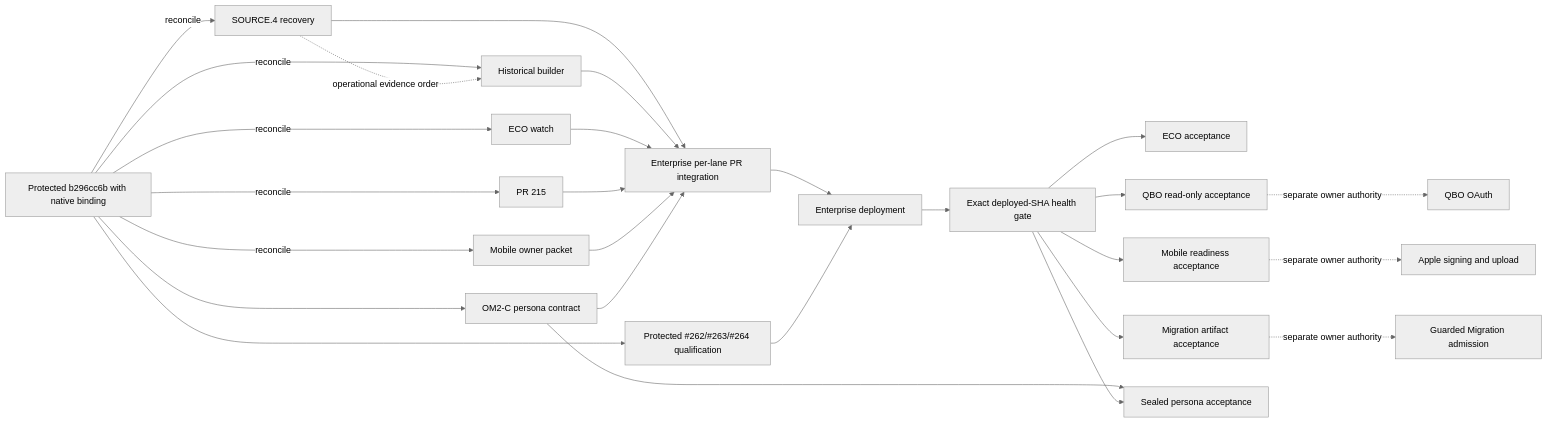
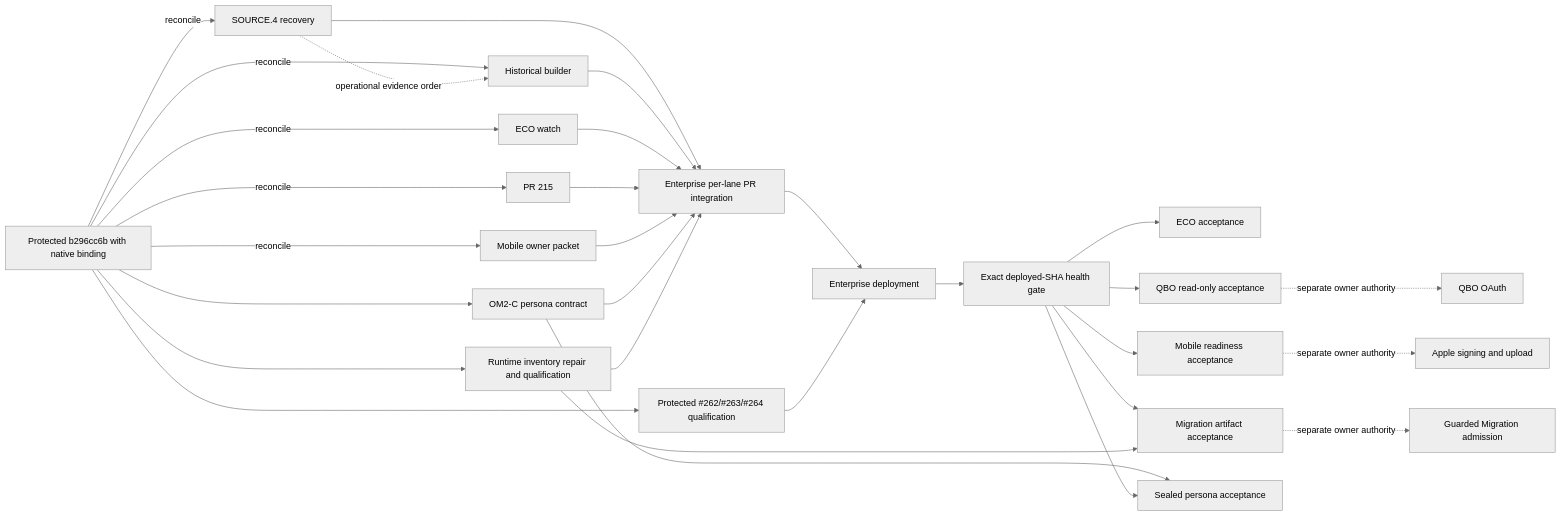
One commit to ACPEnterprise/ACP-Enterprise changed the diagram in docs/operations/launch-20260911/om1-enterprise-integration-queue-current.md. Above: the diagram before and after it, drawn with Mermaid (neutral theme). The commit also changed other lines of this file, not shown here.

Commit message:
docs(enterprise): qualify runtime successor inventory

````diff
--- a/docs/operations/launch-20260911/om1-enterprise-integration-queue-current.md
+++ b/docs/operations/launch-20260911/om1-enterprise-integration-queue-current.md
@@ -126,29 +130,32 @@
 ```mermaid
 flowchart LR
     A[Protected b296cc6b with native binding] -->|reconcile| R[SOURCE.4 recovery]
     A --> C[OM2-C persona contract]
     A --> L[Protected #262/#263/#264 qualification]
+    A --> U[Runtime inventory repair and qualification]
     A -->|reconcile| B[Historical builder]
     A -->|reconcile| E[ECO watch]
     A -->|reconcile| P[PR 215]
     A -->|reconcile| M[Mobile owner packet]
     R -.->|operational evidence order| B
     R --> I[Enterprise per-lane PR integration]
     B --> I
     E --> I
     P --> I
     M --> I
     C --> I
+    U --> I
     I --> D[Enterprise deployment]
     L --> D
     D --> H[Exact deployed-SHA health gate]
     H --> EA[ECO acceptance]
     H --> QA[QBO read-only acceptance]
     H --> MA[Mobile readiness acceptance]
     H --> XA[Migration artifact acceptance]
+    U --> XA
     C --> PA[Sealed persona acceptance]
     H --> PA
     XA -.->|separate owner authority| MG[Guarded Migration admission]
     QA -.->|separate owner authority| QG[QBO OAuth]
     MA -.->|separate owner authority| AG[Apple signing and upload]
 ```
````
